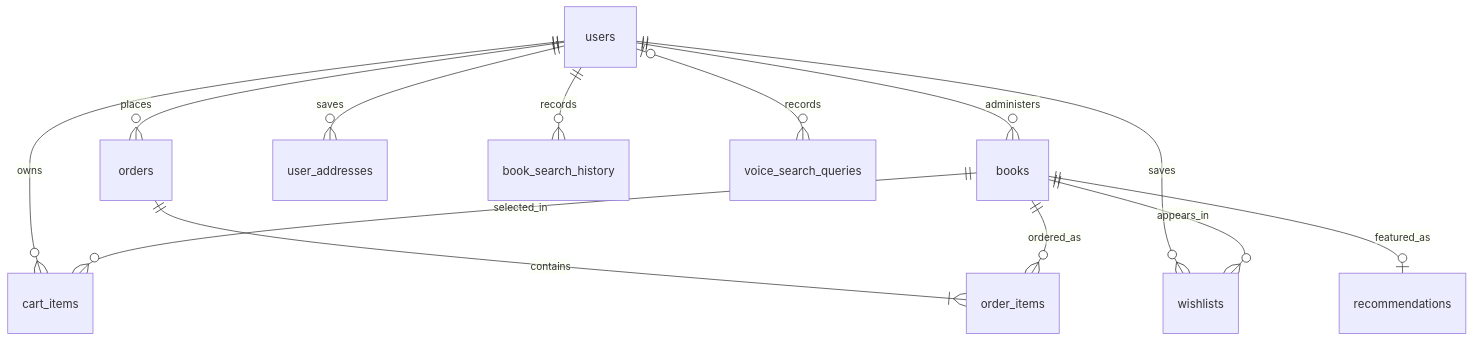
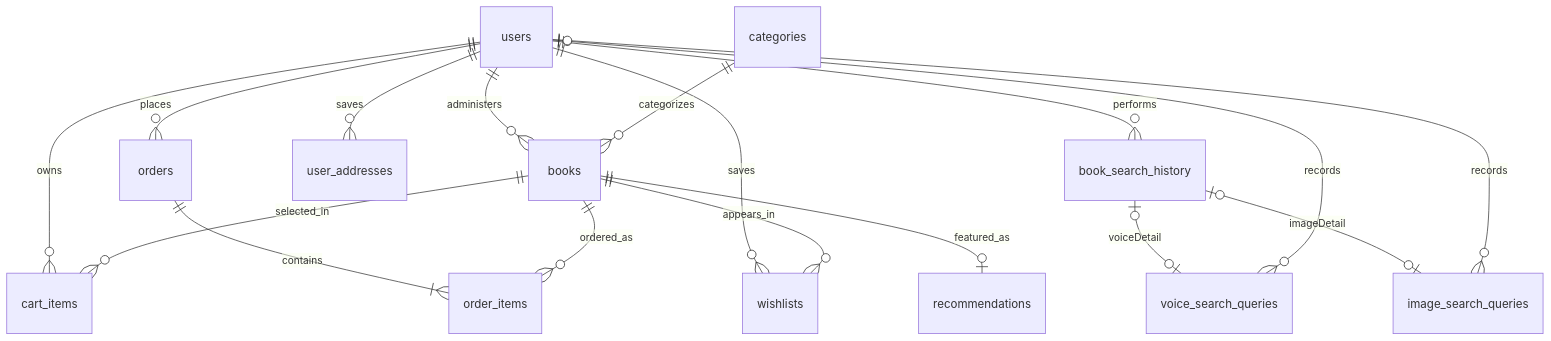
The third of 5 diagrams in docs/88book-current-system.md (Izim-24/88Book), drawn with Mermaid before and after one commit. The commit also changed other lines of this file and 35 other files, not shown here.

````diff
--- a/docs/88book-current-system.md
+++ b/docs/88book-current-system.md
@@ -42,15 +42,19 @@
 ```mermaid
 erDiagram
   users ||--o{ books : administers
   users ||--o{ cart_items : owns
   books ||--o{ cart_items : selected_in
   users ||--o{ orders : places
   orders ||--|{ order_items : contains
   books ||--o{ order_items : ordered_as
   users ||--o{ user_addresses : saves
   users ||--o{ wishlists : saves
   books ||--o{ wishlists : appears_in
   books ||--o| recommendations : featured_as
-  users ||--o{ book_search_history : records
+  categories ||--o{ books : categorizes
+  users ||--o{ book_search_history : performs
+  book_search_history |o--o| voice_search_queries : voiceDetail
+  book_search_history |o--o| image_search_queries : imageDetail
   users |o--o{ voice_search_queries : records
+  users |o--o{ image_search_queries : records
 ```
````
